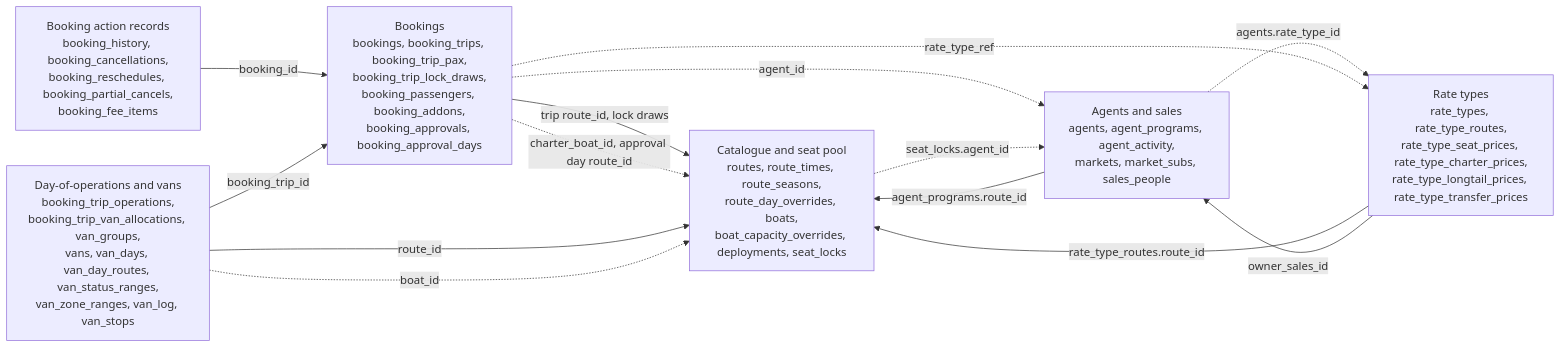
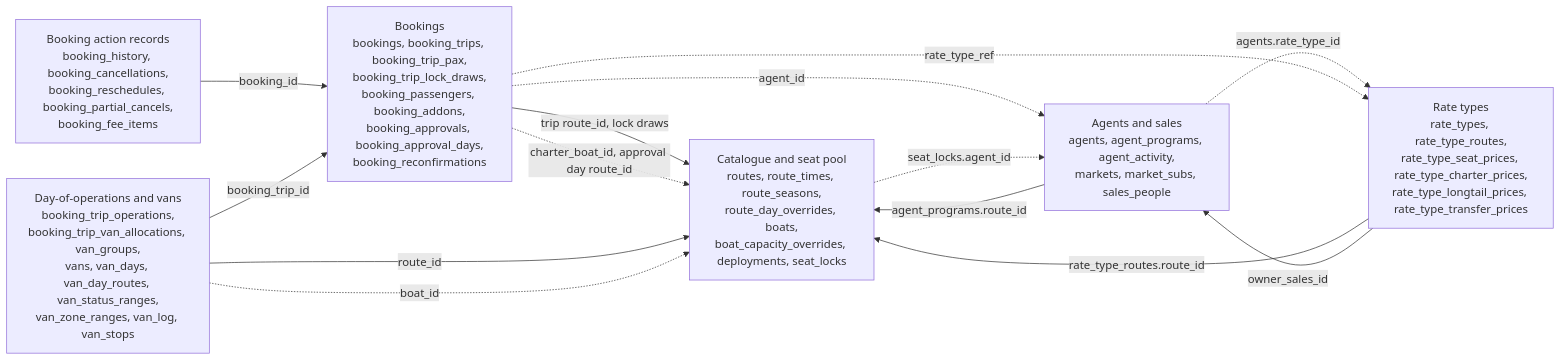
Before and after one commit to TheTaTha5/operation_backend: the first of 7 diagrams in docs/schema.md, drawn with Mermaid. The commit also changed 10 other files, not shown here.

````diff
--- a/docs/schema.md
+++ b/docs/schema.md
@@ -28,23 +28,23 @@
 ```mermaid
 flowchart LR
   catalogue["Catalogue and seat pool<br/>routes, route_times, route_seasons,<br/>route_day_overrides, boats,<br/>boat_capacity_overrides, deployments, seat_locks"]
-  bookings["Bookings<br/>bookings, booking_trips, booking_trip_pax,<br/>booking_trip_lock_draws,<br/>booking_passengers, booking_addons,<br/>booking_approvals, booking_approval_days"]
+  bookings["Bookings<br/>bookings, booking_trips, booking_trip_pax,<br/>booking_trip_lock_draws,<br/>booking_passengers, booking_addons,<br/>booking_approvals, booking_approval_days,<br/>booking_reconfirmations"]
   actions["Booking action records<br/>booking_history, booking_cancellations,<br/>booking_reschedules, booking_partial_cancels,<br/>booking_fee_items"]
   ops["Day-of-operations and vans<br/>booking_trip_operations,<br/>booking_trip_van_allocations, van_groups,<br/>vans, van_days, van_day_routes, van_status_ranges,<br/>van_zone_ranges, van_log, van_stops"]
   sales["Agents and sales<br/>agents, agent_programs, agent_activity,<br/>markets, market_subs, sales_people"]
   rates["Rate types<br/>rate_types, rate_type_routes,<br/>rate_type_seat_prices, rate_type_charter_prices,<br/>rate_type_longtail_prices, rate_type_transfer_prices"]
 
   bookings -- "trip route_id, lock draws" --> catalogue
   bookings -. "charter_boat_id, approval day route_id" .-> catalogue
   actions -- "booking_id" --> bookings
   ops -- "booking_trip_id" --> bookings
   ops -- "route_id" --> catalogue
   ops -. "boat_id" .-> catalogue
   sales -- "agent_programs.route_id" --> catalogue
   bookings -. "agent_id" .-> sales
   catalogue -. "seat_locks.agent_id" .-> sales
   rates -- "rate_type_routes.route_id" --> catalogue
   rates -- "owner_sales_id" --> sales
   sales -. "agents.rate_type_id" .-> rates
   bookings -. "rate_type_ref" .-> rates
 ```
````
